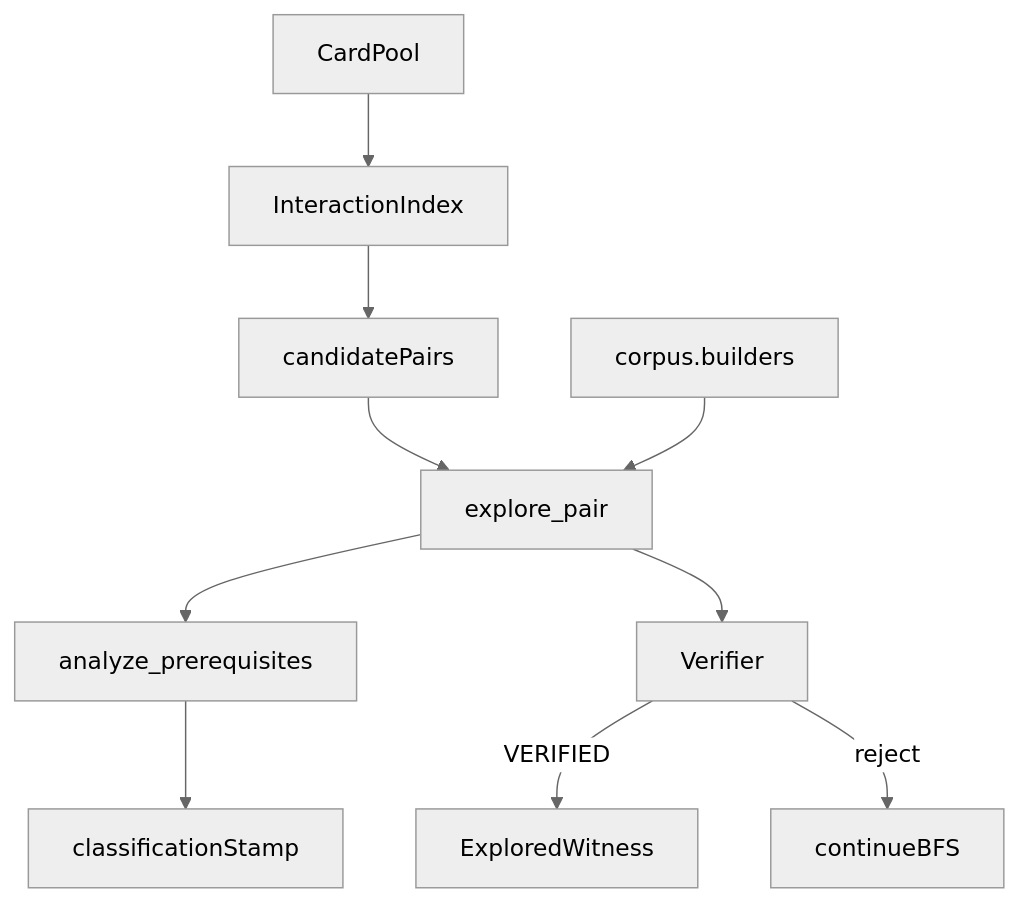
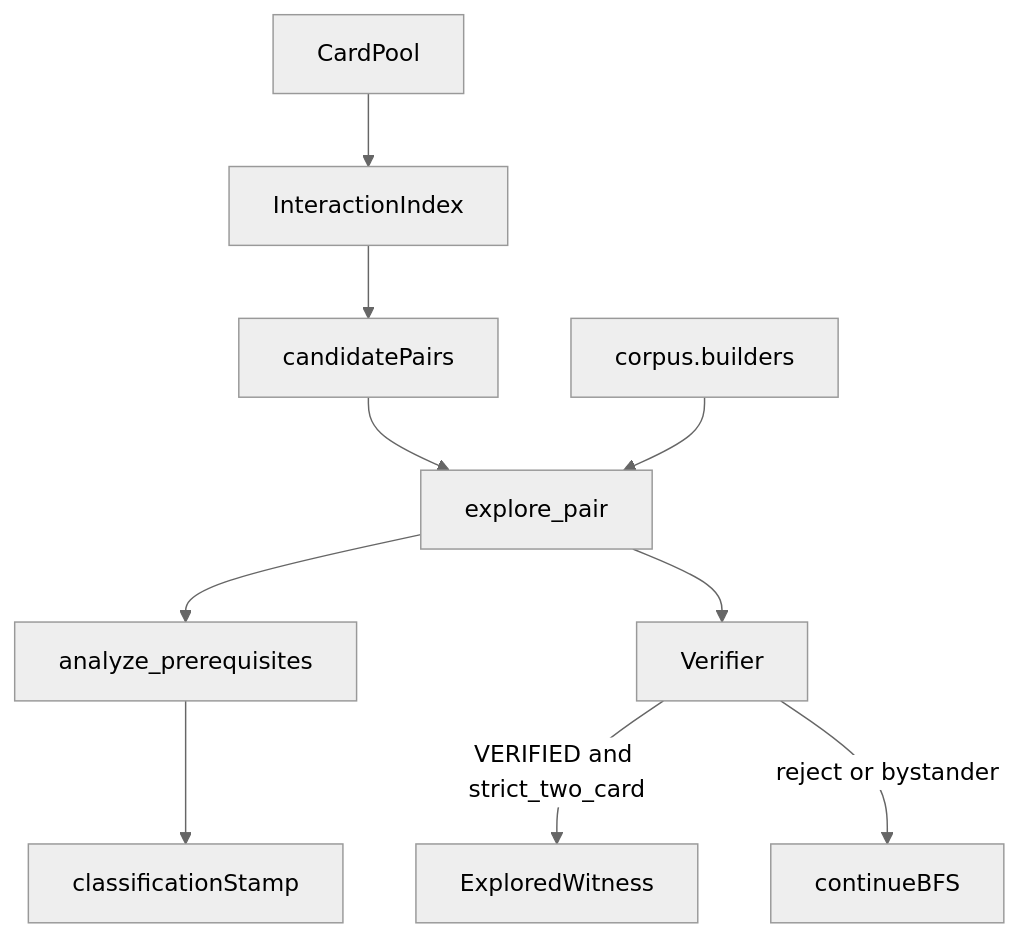
One commit to witzbeck/mtg-loop-engine changed the diagram in src/mtg_loop_engine/search/README.md. Above: the diagram before and after it, drawn with Mermaid (neutral theme). The commit also changed other lines of this file and 30 other files, not shown here.

First line of the commit message:
Enforce search participant gate for strict two-card discovery. (#4)

````diff
--- a/src/mtg_loop_engine/search/README.md
+++ b/src/mtg_loop_engine/search/README.md
@@ -15,12 +15,12 @@
 ```mermaid
 graph TB;
   pool[CardPool] --> index[InteractionIndex];
   index --> pairs[candidatePairs];
   pairs --> explorer[explore_pair];
   builders[corpus.builders] --> explorer;
   explorer --> classify[analyze_prerequisites];
   classify --> stamp[classificationStamp];
   explorer --> verifier[Verifier];
-  verifier -->|VERIFIED| hit[ExploredWitness];
-  verifier -->|reject| continueBFS[continueBFS];
+  verifier -->|VERIFIED and strict_two_card| hit[ExploredWitness];
+  verifier -->|reject or bystander| continueBFS[continueBFS];
 ```
````
